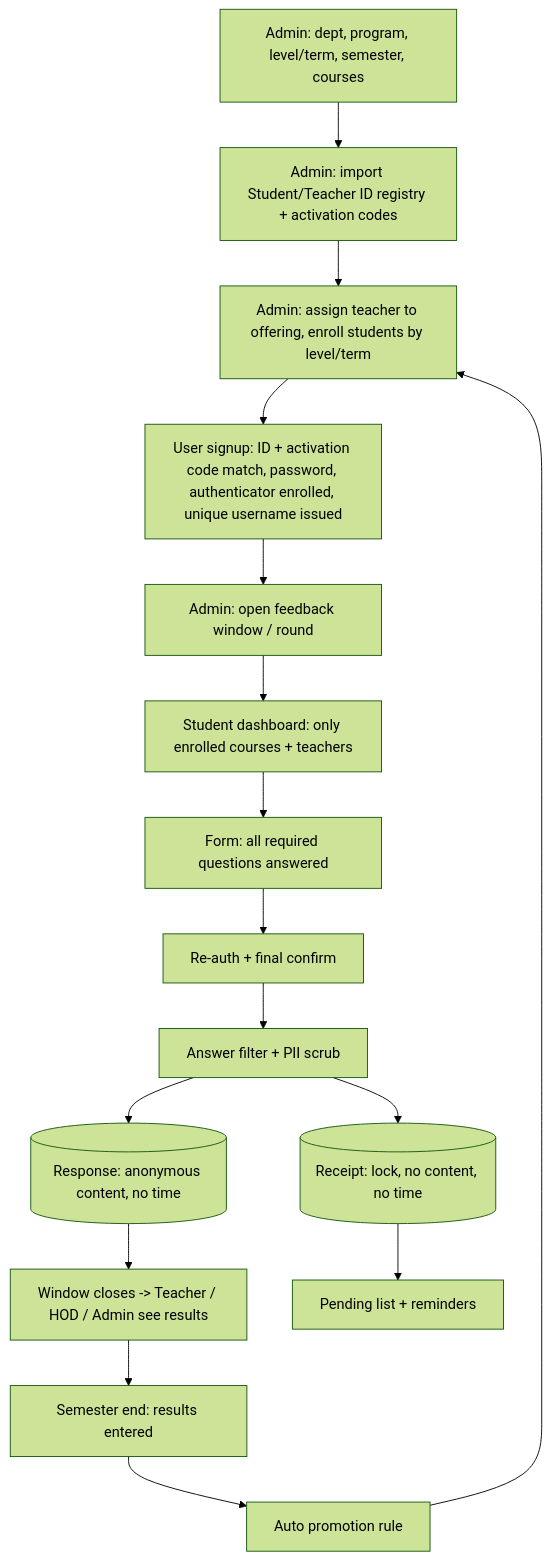
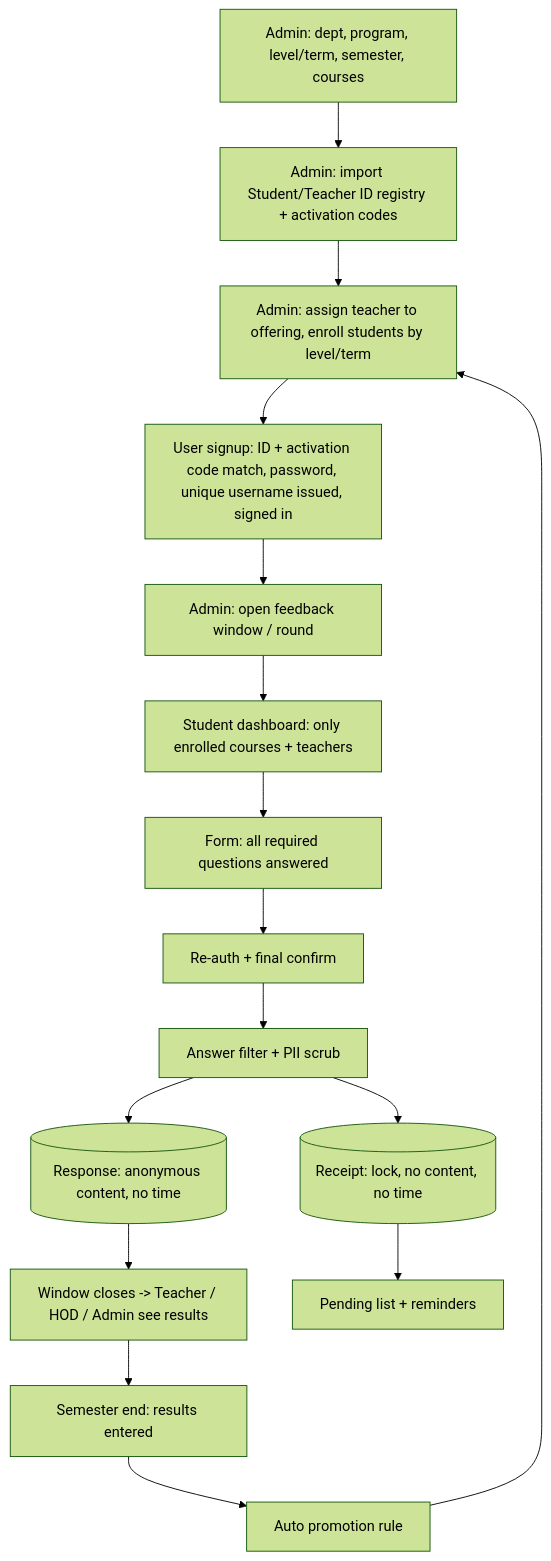
Before and after one commit to smnasrullah/Teachers_Feedback_System: the first of 2 diagrams in docs/BLUEPRINT.md, drawn with Mermaid (forest theme). The commit also changed other lines of this file and 138 other files, not shown here.

````diff
--- a/docs/BLUEPRINT.md
+++ b/docs/BLUEPRINT.md
@@ -24,17 +24,17 @@
 ```mermaid
 flowchart TD
   A[Admin: dept, program, level/term, semester, courses] --> B[Admin: import Student/Teacher ID registry + activation codes]
   B --> C[Admin: assign teacher to offering, enroll students by level/term]
-  C --> D[User signup: ID + activation code match, password, authenticator enrolled, unique username issued]
+  C --> D[User signup: ID + activation code match, password, unique username issued, signed in]
   D --> E[Admin: open feedback window / round]
   E --> F[Student dashboard: only enrolled courses + teachers]
   F --> G[Form: all required questions answered]
   G --> H[Re-auth + final confirm]
   H --> I[Answer filter + PII scrub]
   I --> J[(Receipt: lock, no content, no time)]
   I --> K[(Response: anonymous content, no time)]
   K --> L[Window closes -> Teacher / HOD / Admin see results]
   J --> M[Pending list + reminders]
   L --> N[Semester end: results entered]
   N --> O[Auto promotion rule] --> C
 ```
````
